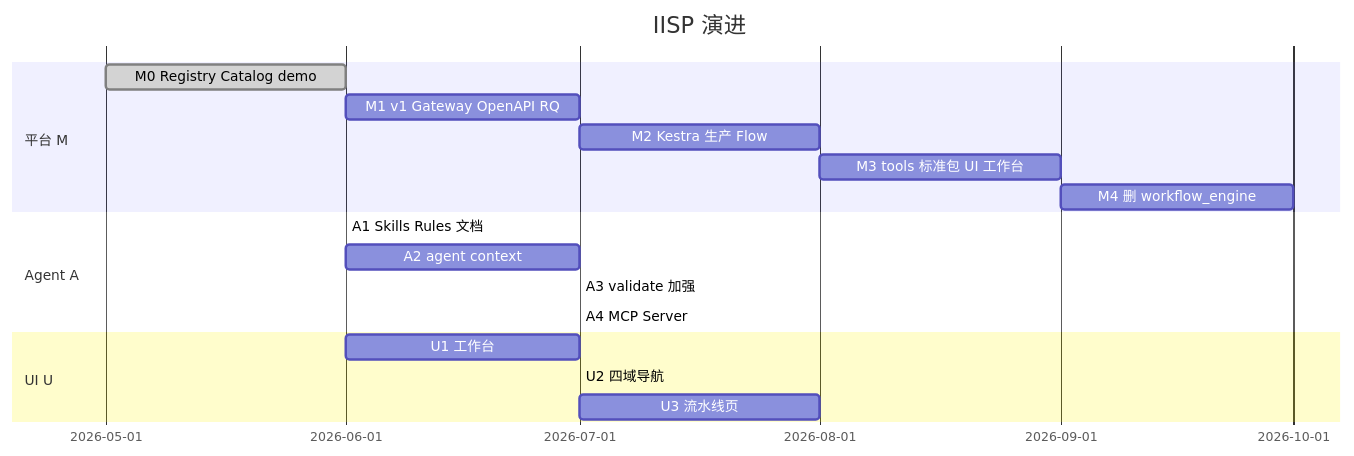
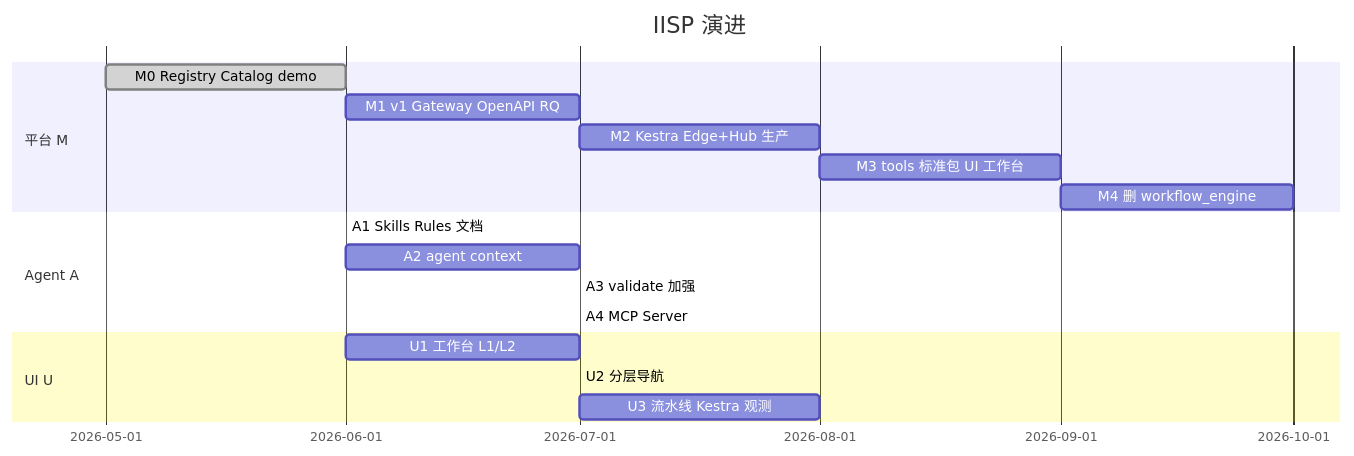
The tenth of 10 diagrams in docs/ARCHITECTURE_DIAGRAMS.md (algo-boost/DetForge-Studio), drawn with Mermaid before and after one commit. The commit also changed other lines of this file and 37 other files, not shown here.

````diff
--- a/docs/ARCHITECTURE_DIAGRAMS.md
+++ b/docs/ARCHITECTURE_DIAGRAMS.md
@@ -303,20 +305,20 @@
 ```mermaid
 gantt
   title IISP 演进
   dateFormat YYYY-MM
   section 平台 M
   M0 Registry Catalog demo   :done, m0, 2026-05, 2026-06
   M1 v1 Gateway OpenAPI RQ   :m1, 2026-06, 2026-07
-  M2 Kestra 生产 Flow        :m2, after m1, 2026-08
+  M2 Kestra Edge+Hub 生产    :m2, after m1, 2026-08
   M3 tools 标准包 UI 工作台   :m3, after m2, 2026-09
   M4 删 workflow_engine      :m4, after m3, 2026-10
   section Agent A
   A1 Skills Rules 文档       :done, a1, 2026-06, 2026-06
   A2 agent context           :a2, 2026-06, 2026-07
   A3 validate 加强           :a3, after a2, 2026-07
   A4 MCP Server              :a4, after a3, 2026-07
   section UI U
-  U1 工作台                  :u1, 2026-06, 2026-07
-  U2 四域导航                :u2, after u1, 2026-07
-  U3 流水线页                :u3, after u2, 2026-08
+  U1 工作台 L1/L2            :u1, 2026-06, 2026-07
+  U2 分层导航                :u2, after u1, 2026-07
+  U3 流水线 Kestra 观测      :u3, after u2, 2026-08
 ```
````
